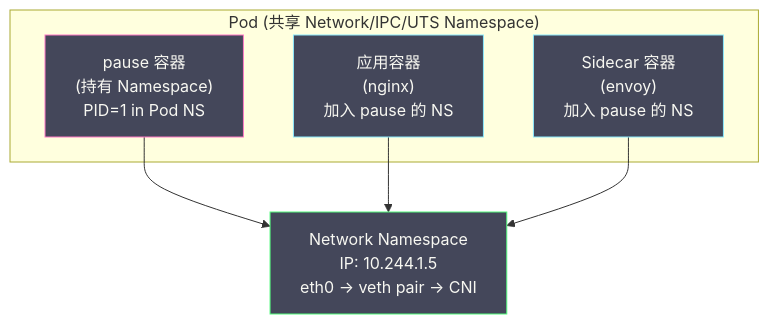
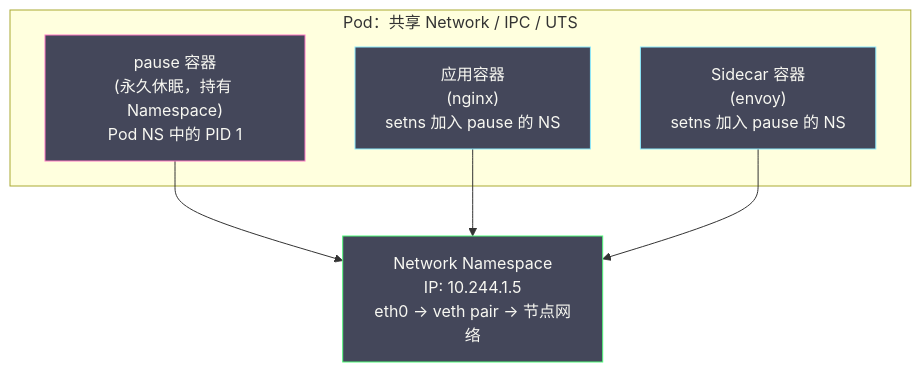
The diagram in content/云原生/Docker/02 Linux Namespace 深度解析.md (hpliStartAgain/my-brain), drawn with Mermaid before and after one commit. The commit also changed other lines of this file and 47 other files, not shown here.

````diff
--- a/content/云原生/Docker/02 Linux Namespace 深度解析.md
+++ b/content/云原生/Docker/02 Linux Namespace 深度解析.md
@@ -470,23 +415,23 @@
 ```mermaid
 %%{init: {'theme': 'dracula'}}%%
 graph TD
-    subgraph "Pod (共享 Network/IPC/UTS Namespace)"
-        PAUSE["pause 容器</br>(持有 Namespace)</br>PID=1 in Pod NS"]
-        APP["应用容器</br>(nginx)</br>加入 pause 的 NS"]
-        SIDE["Sidecar 容器</br>(envoy)</br>加入 pause 的 NS"]
+    subgraph "Pod：共享 Network / IPC / UTS"
+        PAUSE["pause 容器</br>(永久休眠，持有 Namespace)</br>Pod NS 中的 PID 1"]
+        APP["应用容器</br>(nginx)</br>setns 加入 pause 的 NS"]
+        SIDE["Sidecar 容器</br>(envoy)</br>setns 加入 pause 的 NS"]
     end
 
-    NS["Network Namespace</br>IP: 10.244.1.5</br>eth0 → veth pair → CNI"]
+    NS["Network Namespace</br>IP: 10.244.1.5</br>eth0 → veth pair → 节点网络"]
 
     PAUSE --> NS
     APP --> NS
     SIDE --> NS
 
     classDef pause fill:#44475a,stroke:#ff79c6,color:#f8f8f2
     classDef app fill:#44475a,stroke:#8be9fd,color:#f8f8f2
     classDef ns fill:#44475a,stroke:#50fa7b,color:#f8f8f2
 
     class PAUSE pause
     class APP,SIDE app
     class NS ns
 ```
````
